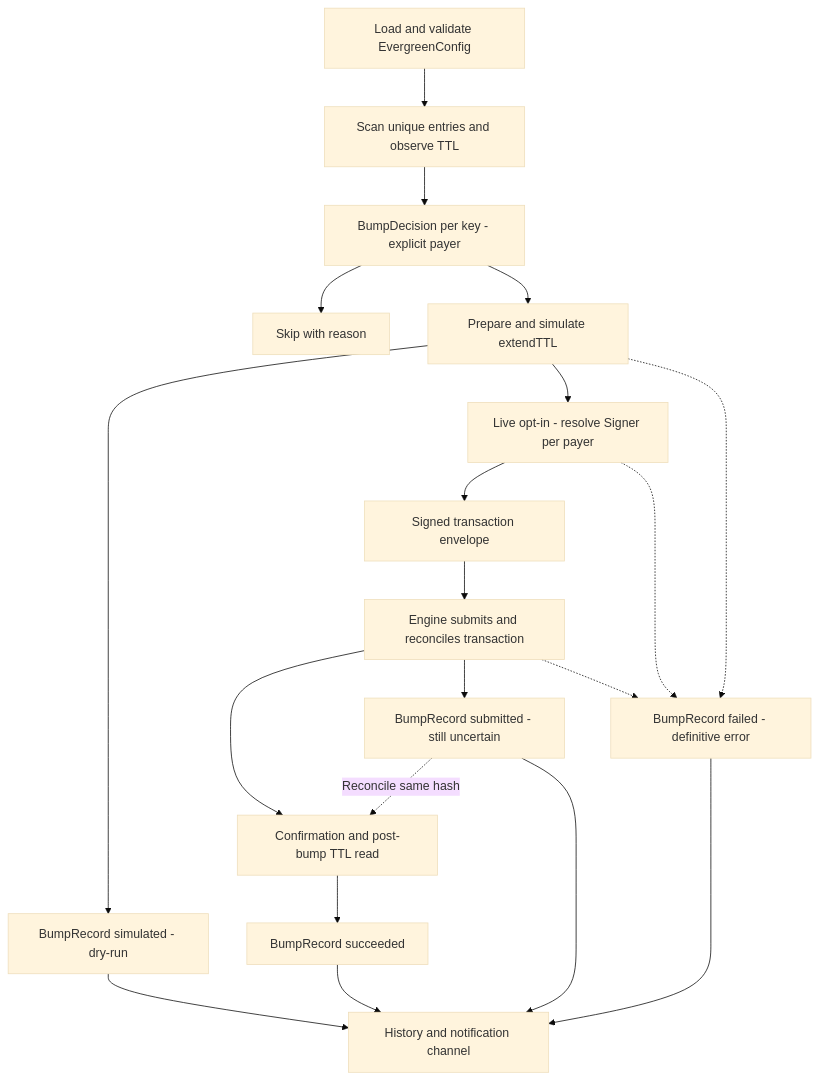
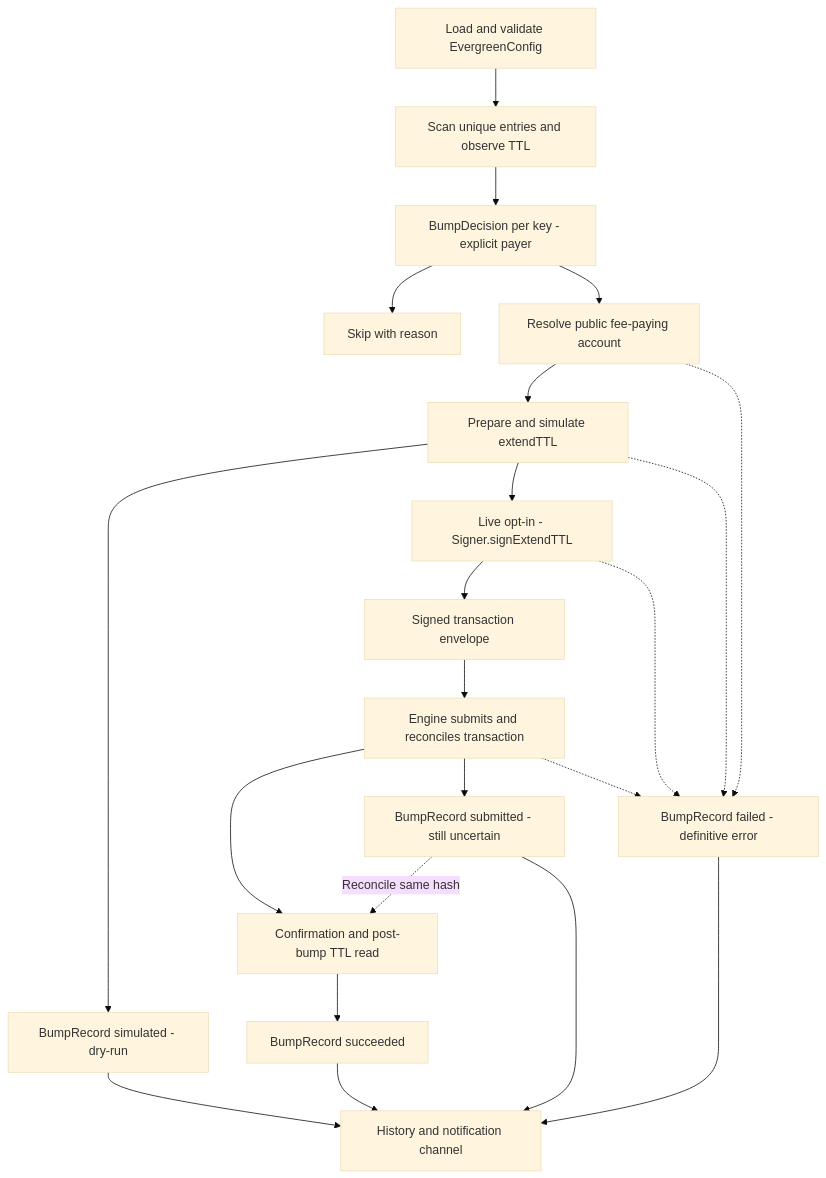
The third of 3 diagrams in docs/ARCHITECTURE.md (Fatihmaull/evergreen), drawn with Mermaid (base theme) before and after one commit. The commit also changed other lines of this file and 2 other files, not shown here.

Commit message:
docs(repo): document current and planned data flows [W1-D6-02]

````diff
--- a/docs/ARCHITECTURE.md
+++ b/docs/ARCHITECTURE.md
@@ -163,22 +166,24 @@
 ```mermaid
 flowchart TD
     Config[Load and validate EvergreenConfig] --> Scan[Scan unique entries and observe TTL]
     Scan --> Decide[BumpDecision per key - explicit payer]
     Decide --> Skip[Skip with reason]
-    Decide --> Prepare[Prepare and simulate extendTTL]
+    Decide --> Account[Resolve public fee-paying account]
+    Account --> Prepare[Prepare and simulate extendTTL]
     Prepare --> Simulated[BumpRecord simulated - dry-run]
-    Prepare --> Signer[Live opt-in - resolve Signer per payer]
+    Prepare --> Signer[Live opt-in - Signer.signExtendTTL]
     Signer --> Signed[Signed transaction envelope]
     Signed --> Send[Engine submits and reconciles transaction]
     Send --> Confirm[Confirmation and post-bump TTL read]
     Confirm --> Record[BumpRecord succeeded]
     Send --> Pending[BumpRecord submitted - still uncertain]
     Pending -.->|Reconcile same hash| Confirm
     Prepare -.-> Failure[BumpRecord failed - definitive error]
+    Account -.-> Failure
     Signer -.-> Failure
     Send -.-> Failure
     Record --> Consumers[History and notification channel]
     Pending --> Consumers
     Failure --> Consumers
     Simulated --> Consumers
 ```
````
